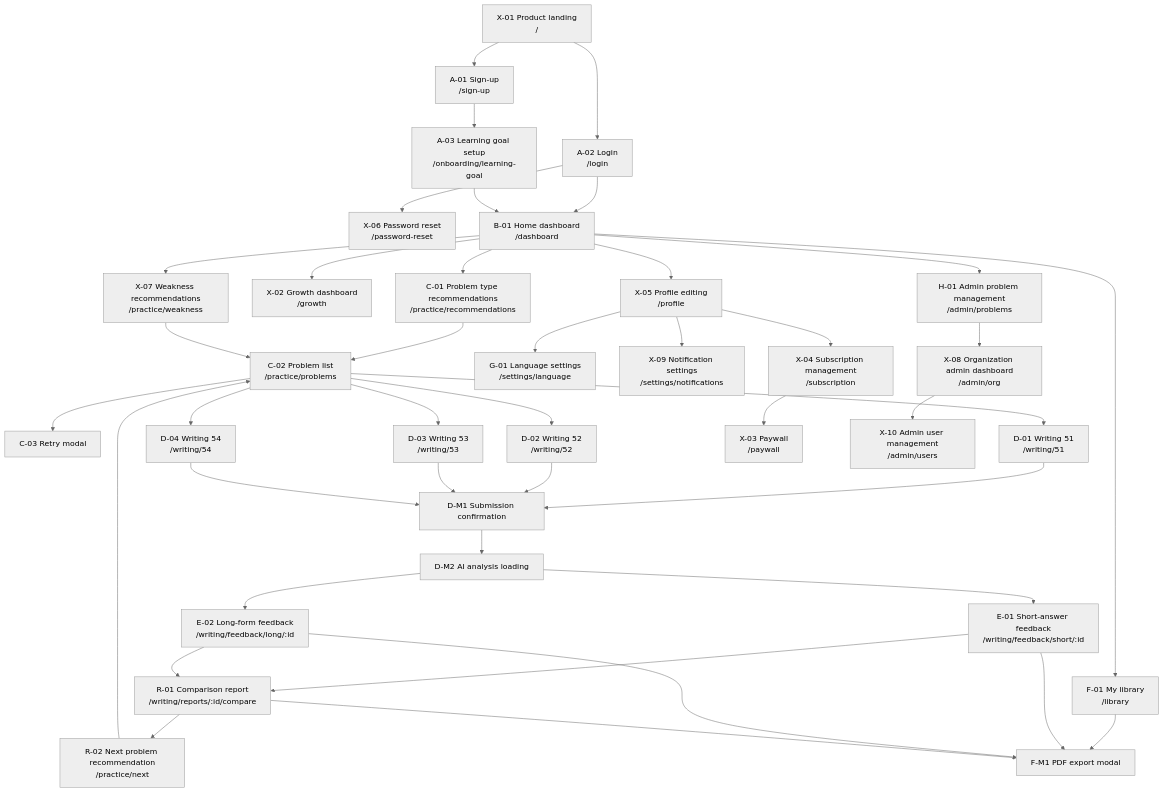
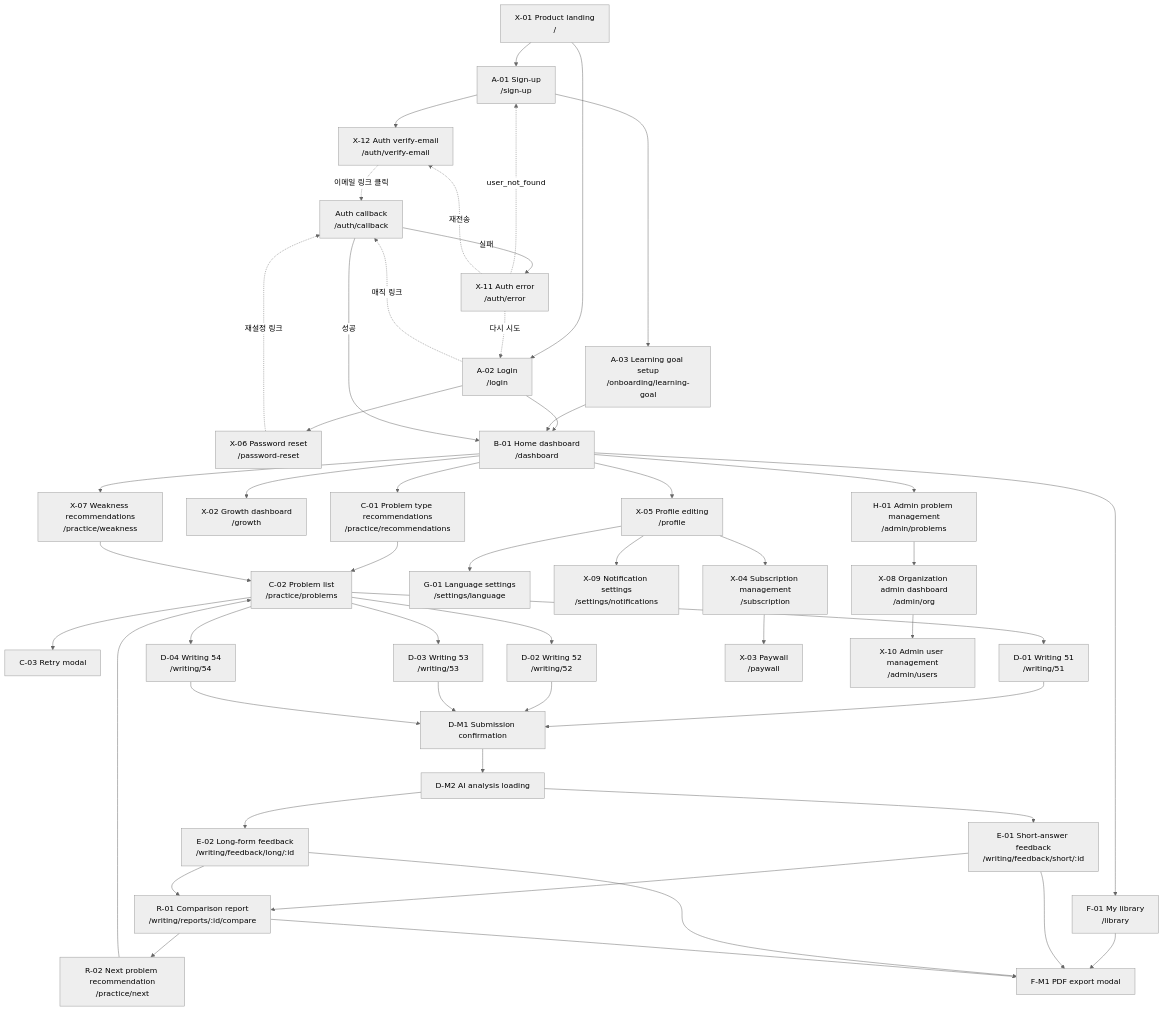
One commit to blackstarzck/topik-project-v13 changed the diagram in docs/sitemap.md. Above: the diagram before and after it, drawn with Mermaid (neutral theme). The commit also changed other lines of this file and 4 other files, not shown here.

First line of the commit message:
docs(phase-8-A): /auth/callback + /auth/error + /auth/verify-email spec

````diff
--- a/docs/sitemap.md
+++ b/docs/sitemap.md
@@ -89,51 +93,61 @@
 ```mermaid
 flowchart TD
   LANDING["X-01 Product landing\n/"] --> SIGNUP["A-01 Sign-up\n/sign-up"]
   LANDING --> LOGIN["A-02 Login\n/login"]
   LOGIN --> RESET["X-06 Password reset\n/password-reset"]
   SIGNUP --> GOAL["A-03 Learning goal setup\n/onboarding/learning-goal"]
   LOGIN --> DASH["B-01 Home dashboard\n/dashboard"]
   GOAL --> DASH
 
   DASH --> REC["C-01 Problem type recommendations\n/practice/recommendations"]
   REC --> LIST["C-02 Problem list\n/practice/problems"]
   LIST --> RETRY["C-03 Retry modal"]
 
   LIST --> W51["D-01 Writing 51\n/writing/51"]
   LIST --> W52["D-02 Writing 52\n/writing/52"]
   LIST --> W53["D-03 Writing 53\n/writing/53"]
   LIST --> W54["D-04 Writing 54\n/writing/54"]
 
   W51 --> SUBMIT["D-M1 Submission confirmation"]
   W52 --> SUBMIT
   W53 --> SUBMIT
   W54 --> SUBMIT
   SUBMIT --> LOADING["D-M2 AI analysis loading"]
   LOADING --> SHORT_FB["E-01 Short-answer feedback\n/writing/feedback/short/:id"]
   LOADING --> LONG_FB["E-02 Long-form feedback\n/writing/feedback/long/:id"]
 
   SHORT_FB --> REPORT["R-01 Comparison report\n/writing/reports/:id/compare"]
   LONG_FB --> REPORT
   REPORT --> NEXT["R-02 Next problem recommendation\n/practice/next"]
   NEXT --> LIST
 
   DASH --> LIBRARY["F-01 My library\n/library"]
   LIBRARY --> PDF["F-M1 PDF export modal"]
   SHORT_FB --> PDF
   LONG_FB --> PDF
   REPORT --> PDF
 
   DASH --> GROWTH["X-02 Growth dashboard\n/growth"]
   DASH --> WEAK["X-07 Weakness recommendations\n/practice/weakness"]
   WEAK --> LIST
 
   DASH --> PROFILE["X-05 Profile editing\n/profile"]
   PROFILE --> LANGUAGE["G-01 Language settings\n/settings/language"]
   PROFILE --> NOTI["X-09 Notification settings\n/settings/notifications"]
   PROFILE --> SUBSCRIPTION["X-04 Subscription management\n/subscription"]
   SUBSCRIPTION --> PAYWALL["X-03 Paywall\n/paywall"]
 
   DASH --> ADMIN_PROBLEMS["H-01 Admin problem management\n/admin/problems"]
   ADMIN_PROBLEMS --> ADMIN_ORG["X-08 Organization admin dashboard\n/admin/org"]
   ADMIN_ORG --> ADMIN_USERS["X-10 Admin user management\n/admin/users"]
+
+  SIGNUP --> VERIFY["X-12 Auth verify-email\n/auth/verify-email"]
+  VERIFY -. "이메일 링크 클릭" .-> CB["Auth callback\n/auth/callback"]
+  LOGIN -. "매직 링크" .-> CB
+  RESET -. "재설정 링크" .-> CB
+  CB -->|"성공"| DASH
+  CB -->|"실패"| ERR["X-11 Auth error\n/auth/error"]
+  ERR -. "user_not_found" .-> SIGNUP
+  ERR -. "재전송" .-> VERIFY
+  ERR -. "다시 시도" .-> LOGIN
 ```
````
